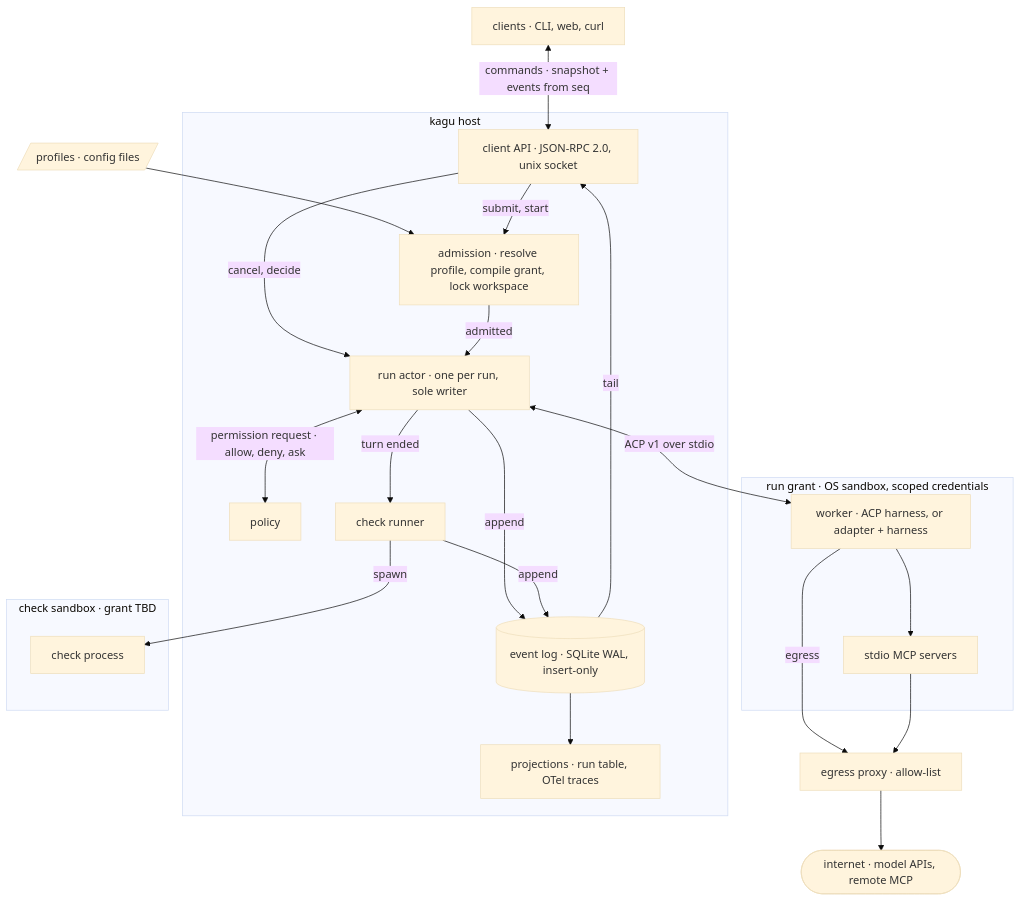
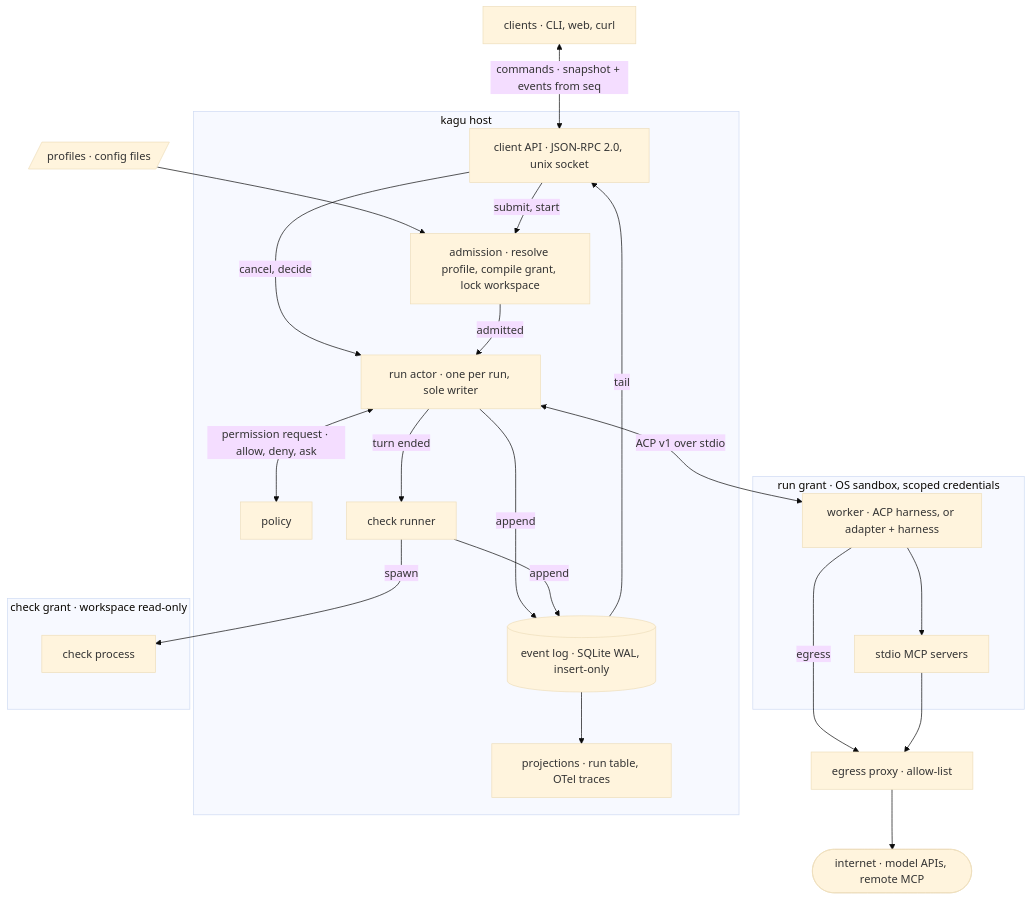
Before and after one commit to CameronBrooks11/kagu: the first of 2 diagrams in docs/spec.md, drawn with Mermaid (base theme). The commit also changed other lines of this file and 2 other files, not shown here.

First line of the commit message:
docs: state only guarantees the host can keep

````diff
--- a/docs/spec.md
+++ b/docs/spec.md
@@ -13,45 +14,45 @@
 ```mermaid
 flowchart TB
   C["clients · CLI, web, curl"]
   CFG[/"profiles · config files"/]
 
   subgraph H [kagu host]
     API["client API · JSON-RPC 2.0, unix socket"]
     ADM["admission · resolve profile, compile grant, lock workspace"]
     POL["policy"]
     RA["run actor · one per run, sole writer"]
     CHK["check runner"]
     LOG[("event log · SQLite WAL, insert-only")]
     PRJ["projections · run table, OTel traces"]
   end
 
   subgraph G ["run grant · OS sandbox, scoped credentials"]
     W["worker · ACP harness, or adapter + harness"]
     MCP["stdio MCP servers"]
   end
 
-  subgraph GC ["check sandbox · grant TBD"]
+  subgraph GC ["check grant · workspace read-only"]
     CK["check process"]
   end
 
   PX["egress proxy · allow-list"]
   NET(["internet · model APIs, remote MCP"])
 
   C <-- "commands · snapshot + events from seq" --> API
   CFG --> ADM
   API -- "submit, start" --> ADM
   API -- "cancel, decide" --> RA
   ADM -- "admitted" --> RA
   RA <-- "permission request · allow, deny, ask" --> POL
   RA <-- "ACP v1 over stdio" --> W
   W --> MCP
   RA -- "turn ended" --> CHK
   CHK -- spawn --> CK
   RA -- append --> LOG
   CHK -- append --> LOG
   LOG --> PRJ
   LOG -- tail --> API
   W -- egress --> PX
   MCP --> PX
   PX --> NET
 ```
````
